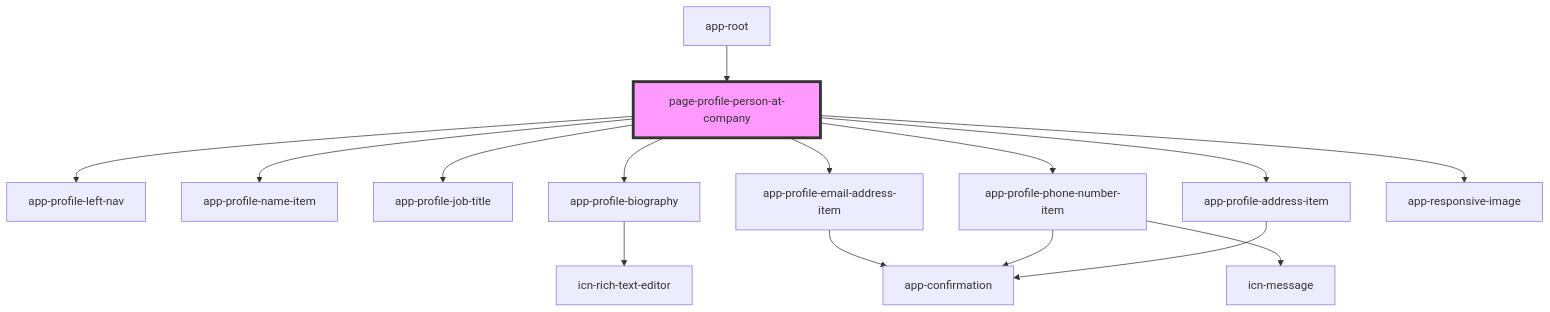
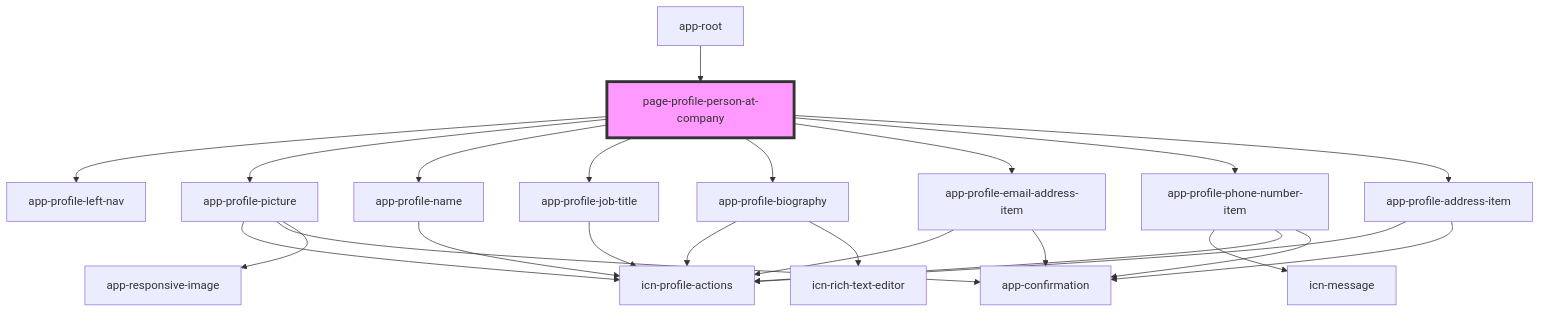
Before and after one commit to lokheed/IconEventNetwork.Web: the diagram in iconeventnetwork-web/src/components/pages/page-profile-person-at-company/readme.md, drawn with Mermaid. The commit also changed other lines of this file and 37 other files, not shown here.

Commit message:
refactor profile edit/delete actions

````diff
--- a/iconeventnetwork-web/src/components/pages/page-profile-person-at-company/readme.md
+++ b/iconeventnetwork-web/src/components/pages/page-profile-person-at-company/readme.md
@@ -33,18 +33,27 @@
 ```mermaid
 graph TD;
   page-profile-person-at-company --> app-profile-left-nav
-  page-profile-person-at-company --> app-profile-name-item
+  page-profile-person-at-company --> app-profile-picture
+  page-profile-person-at-company --> app-profile-name
   page-profile-person-at-company --> app-profile-job-title
   page-profile-person-at-company --> app-profile-biography
   page-profile-person-at-company --> app-profile-email-address-item
   page-profile-person-at-company --> app-profile-phone-number-item
   page-profile-person-at-company --> app-profile-address-item
-  page-profile-person-at-company --> app-responsive-image
+  app-profile-picture --> icn-profile-actions
+  app-profile-picture --> app-confirmation
+  app-profile-picture --> app-responsive-image
+  app-profile-name --> icn-profile-actions
+  app-profile-job-title --> icn-profile-actions
+  app-profile-biography --> icn-profile-actions
   app-profile-biography --> icn-rich-text-editor
+  app-profile-email-address-item --> icn-profile-actions
   app-profile-email-address-item --> app-confirmation
   app-profile-phone-number-item --> icn-message
+  app-profile-phone-number-item --> icn-profile-actions
   app-profile-phone-number-item --> app-confirmation
+  app-profile-address-item --> icn-profile-actions
   app-profile-address-item --> app-confirmation
   app-root --> page-profile-person-at-company
   style page-profile-person-at-company fill:#f9f,stroke:#333,stroke-width:4px
 ```
````
